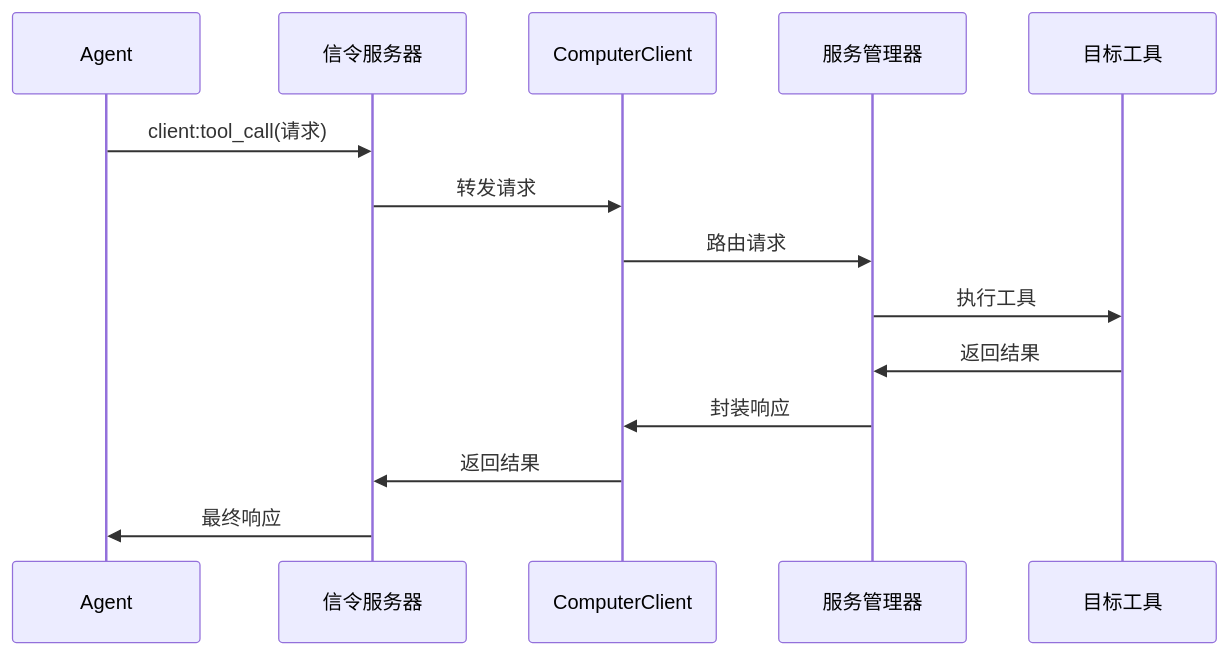
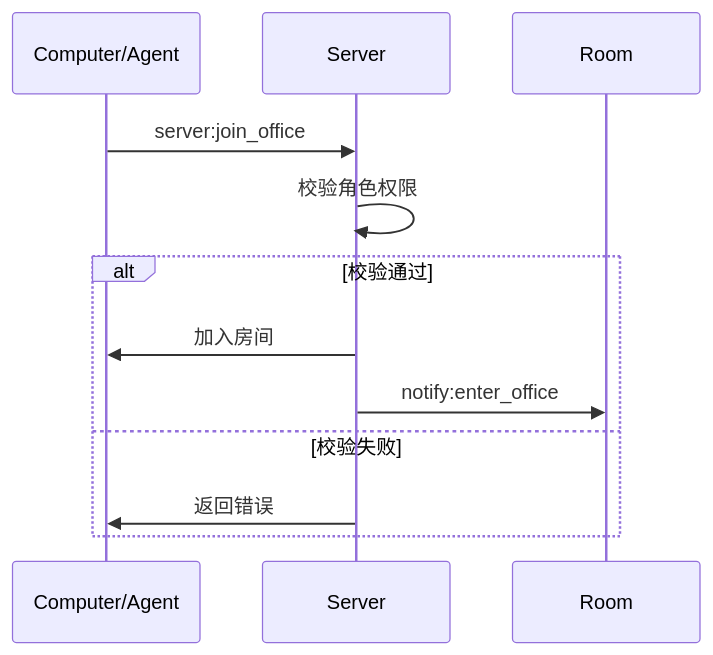
Before and after one commit to A2C-SMCP/python-computer-sdk: the fifth of 7 diagrams in docs/index.md, drawn with Mermaid. The commit also changed other lines of this file and 75 other files, not shown here.

````diff
--- a/docs/index.md
+++ b/docs/index.md
@@ -355,17 +144,13 @@
-```mermaid
-sequenceDiagram
-    participant A as Agent
-    participant S as 信令服务器
-    participant C as ComputerClient
-    participant M as 服务管理器
-    participant T as 目标工具
-    
-    A->>S: client:tool_call(请求)
-    S->>C: 转发请求
-    C->>M: 路由请求
-    M->>T: 执行工具
-    T->>M: 返回结果
-    M->>C: 封装响应
-    C->>S: 返回结果
-    S->>A: 最终响应
-```
+   ```mermaid
+   sequenceDiagram
+       participant C as Computer/Agent
+       participant S as Server
+       C->>S: server:join_office
+       S->>S: 校验角色权限
+       alt 校验通过
+           S->>C: 加入房间
+           S->>Room: notify:enter_office
+       else 校验失败
+           S->>C: 返回错误
+       end
+   ```
````
